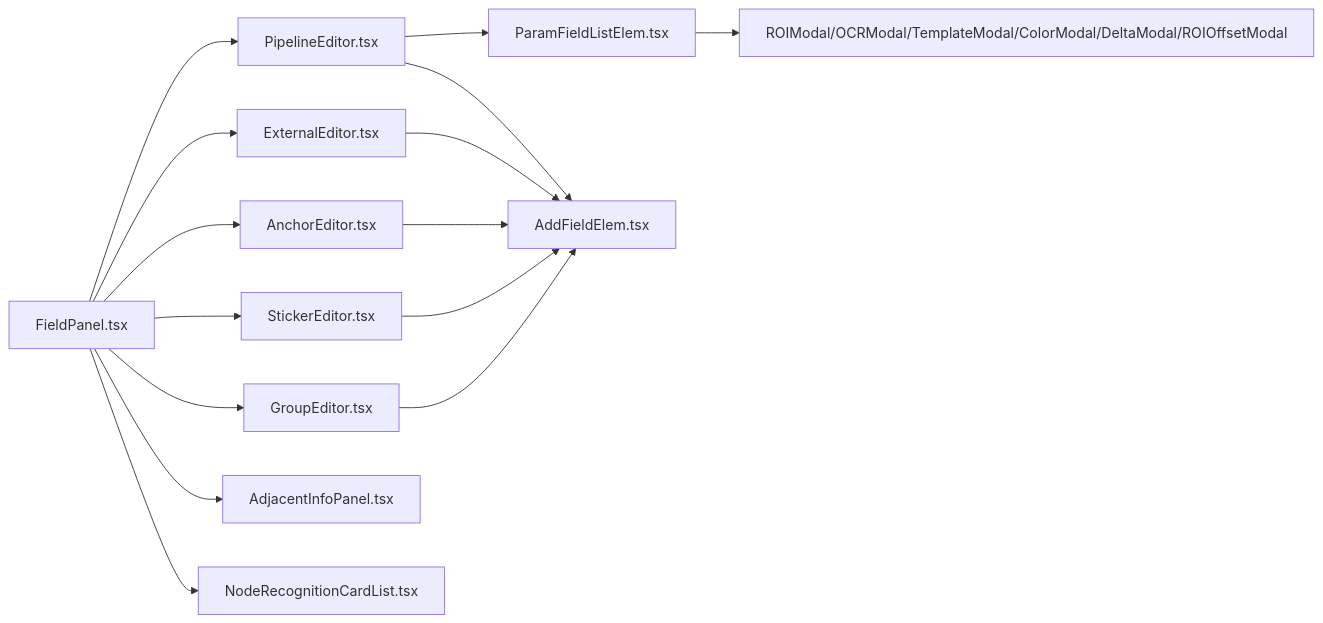
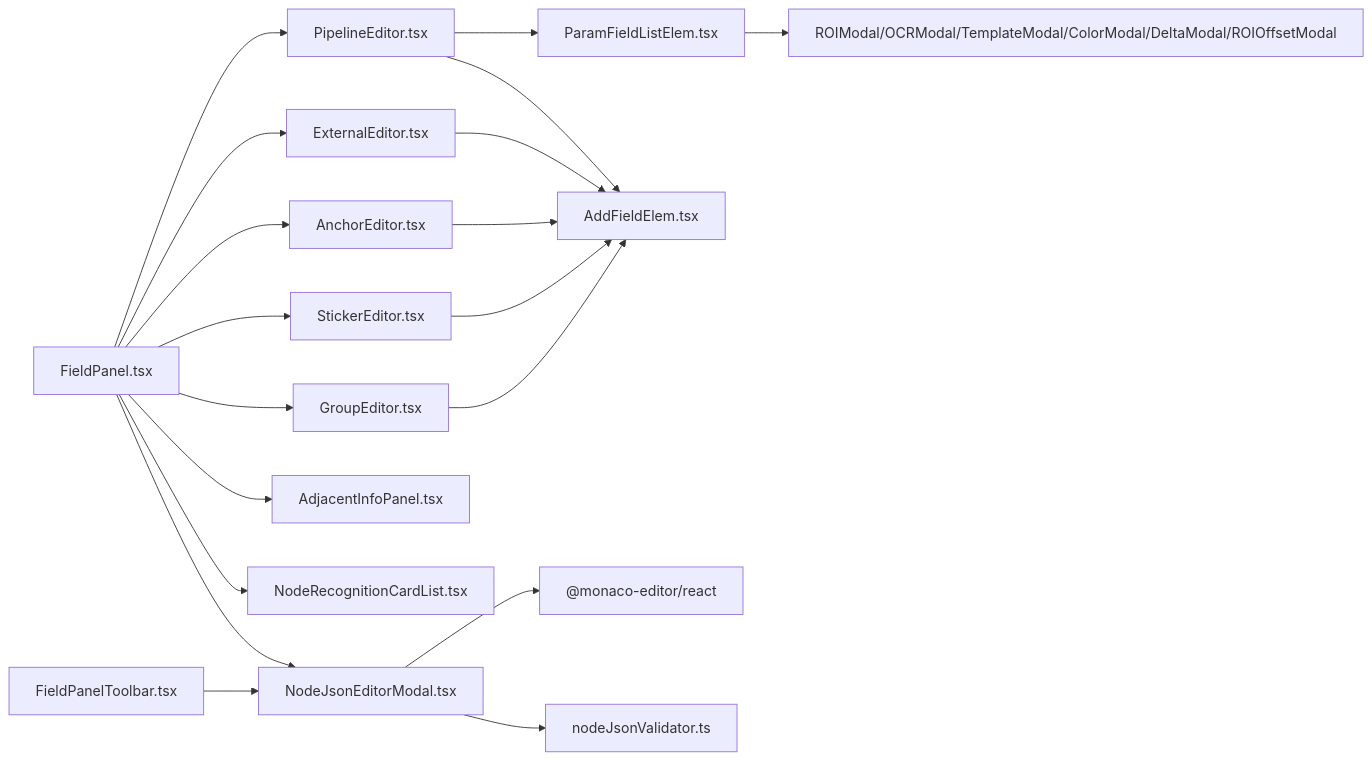
Before and after one commit to kqcoxn/MaaPipelineEditor: the eighth of 8 diagrams in .qoder/repowiki/zh/content/用户界面/面板系统/字段面板.md, drawn with Mermaid. The commit also changed other lines of this file and 16 other files, not shown here.

````diff
--- a/.qoder/repowiki/zh/content/用户界面/面板系统/字段面板.md
+++ b/.qoder/repowiki/zh/content/用户界面/面板系统/字段面板.md
@@ -316,17 +389,21 @@
 ```mermaid
 graph LR
 FP["FieldPanel.tsx"] --> PE["PipelineEditor.tsx"]
 FP --> EE["ExternalEditor.tsx"]
 FP --> AE2["AnchorEditor.tsx"]
 FP --> SE["StickerEditor.tsx"]
 FP --> GE["GroupEditor.tsx"]
 FP --> Adj["AdjacentInfoPanel.tsx"]
 FP --> NRCL["NodeRecognitionCardList.tsx"]
+FP --> JSONModal["NodeJsonEditorModal.tsx"]
+TBar["FieldPanelToolbar.tsx"] --> JSONModal
 PE --> PFLE["ParamFieldListElem.tsx"]
 PE --> AE["AddFieldElem.tsx"]
 EE --> AE
 AE2 --> AE
 SE --> AE
 GE --> AE
 PFLE --> Modals["ROIModal/OCRModal/TemplateModal/ColorModal/DeltaModal/ROIOffsetModal"]
+JSONModal --> Monaco["@monaco-editor/react"]
+JSONModal --> Validator["nodeJsonValidator.ts"]
 ```
````
